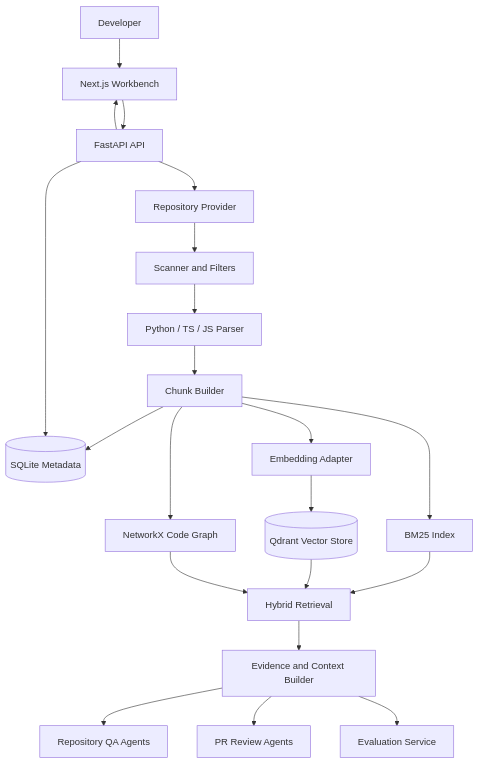
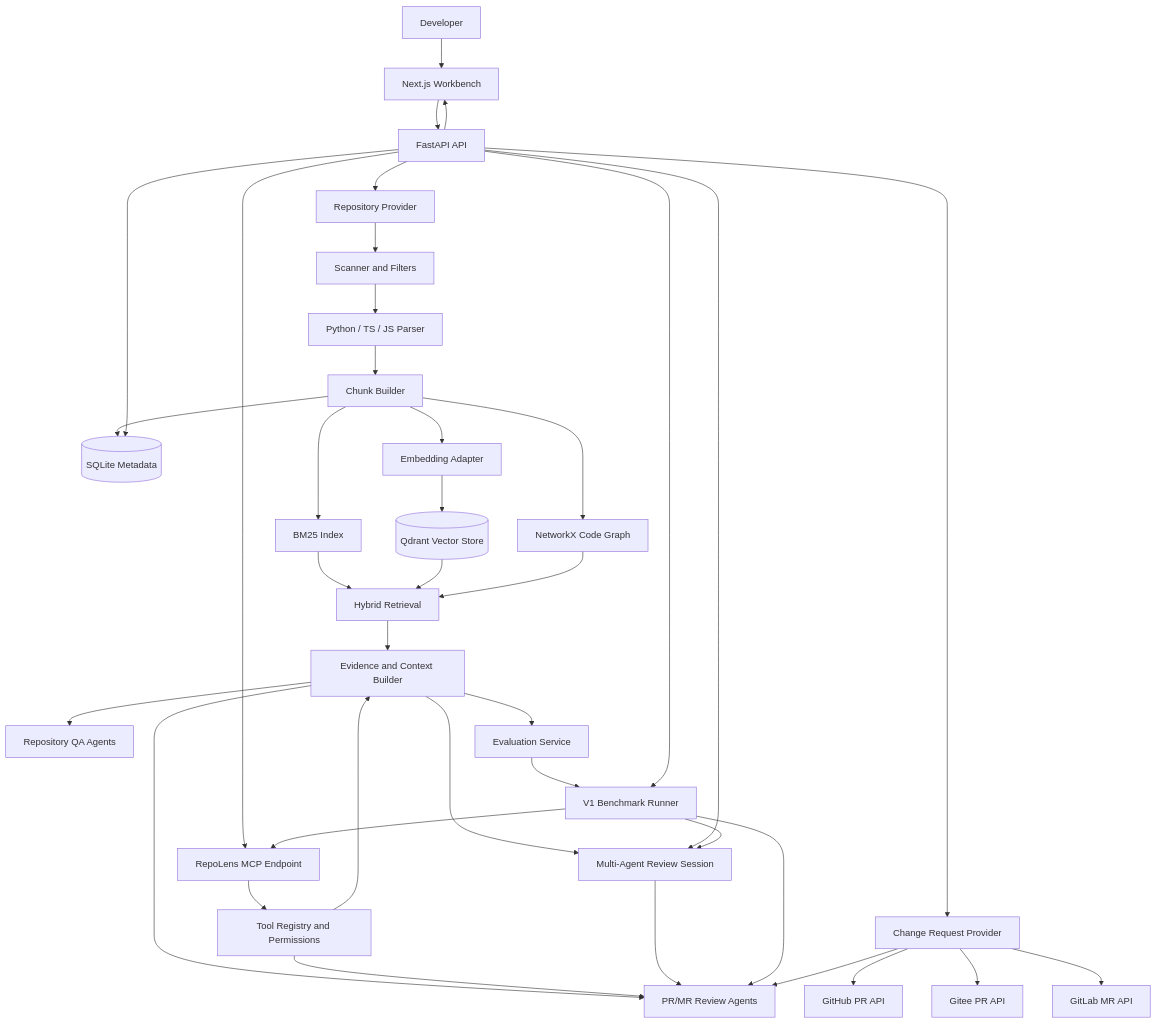
The diagram in README.md (WeiFengxingyu/RepoLens), drawn with Mermaid before and after one commit. The commit also changed other lines of this file and 91 other files, not shown here.

Commit message:
Complete RepoLens V1 release

````diff
--- a/README.md
+++ b/README.md
@@ -23,28 +26,46 @@
 ```mermaid
 flowchart TD
   User["Developer"] --> UI["Next.js Workbench"]
   UI --> API["FastAPI API"]
 
   API --> RepoProvider["Repository Provider"]
   RepoProvider --> Scanner["Scanner and Filters"]
   Scanner --> Parser["Python / TS / JS Parser"]
   Parser --> Chunks["Chunk Builder"]
 
   Chunks --> SQLite[("SQLite Metadata")]
   Chunks --> BM25["BM25 Index"]
   Chunks --> Embeddings["Embedding Adapter"]
   Embeddings --> Qdrant[("Qdrant Vector Store")]
   Chunks --> Graph["NetworkX Code Graph"]
 
   BM25 --> Retrieval["Hybrid Retrieval"]
   Qdrant --> Retrieval
   Graph --> Retrieval
   Retrieval --> Evidence["Evidence and Context Builder"]
 
   Evidence --> QA["Repository QA Agents"]
-  Evidence --> Review["PR Review Agents"]
+  Evidence --> Review["PR/MR Review Agents"]
+  Evidence --> MultiAgent["Multi-Agent Review Session"]
   Evidence --> Eval["Evaluation Service"]
+  Eval --> V1Bench["V1 Benchmark Runner"]
+  API --> MCP["RepoLens MCP Endpoint"]
+  MCP --> Registry["Tool Registry and Permissions"]
+  Registry --> Evidence
+  Registry --> Review
+  API --> MultiAgent
+  MultiAgent --> Review
+  API --> V1Bench
+  V1Bench --> Review
+  V1Bench --> MultiAgent
+  V1Bench --> MCP
+
+  API --> CRProvider["Change Request Provider"]
+  CRProvider --> GitHub["GitHub PR API"]
+  CRProvider --> Gitee["Gitee PR API"]
+  CRProvider --> GitLab["GitLab MR API"]
+  CRProvider --> Review
 
   API --> SQLite
   API --> UI
 ```
````
